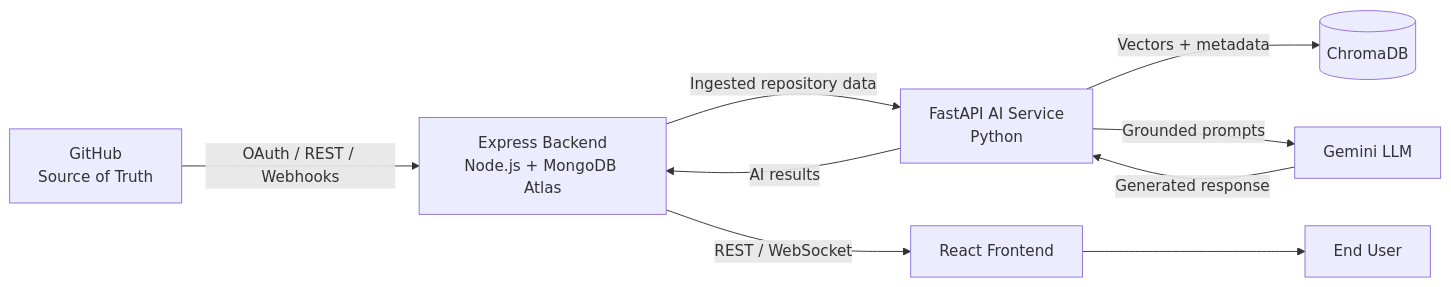
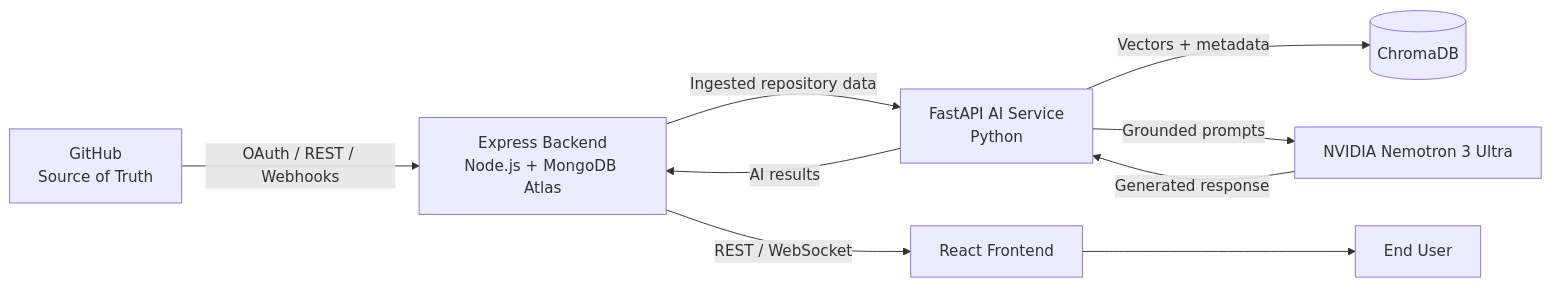
Before and after one commit to 24CS015kunj/SEIS-AI: the first of 5 diagrams in README.md, drawn with Mermaid. The commit also changed other lines of this file and 172 other files, not shown here.

````diff
--- a/README.md
+++ b/README.md
@@ -116,19 +116,19 @@
 ```mermaid
 flowchart LR
     GH[GitHub<br/>Source of Truth]
     EXP[Express Backend<br/>Node.js + MongoDB Atlas]
     FAST[FastAPI AI Service<br/>Python]
     CHROMA[(ChromaDB)]
-    GEMINI[Gemini LLM]
+    NEMOTRON[NVIDIA Nemotron 3 Ultra]
     REACT[React Frontend]
     USER[End User]
 
     GH -->|OAuth / REST / Webhooks| EXP
     EXP -->|Ingested repository data| FAST
     FAST -->|Vectors + metadata| CHROMA
-    FAST -->|Grounded prompts| GEMINI
-    GEMINI -->|Generated response| FAST
+    FAST -->|Grounded prompts| NEMOTRON
+    NEMOTRON -->|Generated response| FAST
     FAST -->|AI results| EXP
     EXP -->|REST / WebSocket| REACT
     REACT --> USER
 ```
````
